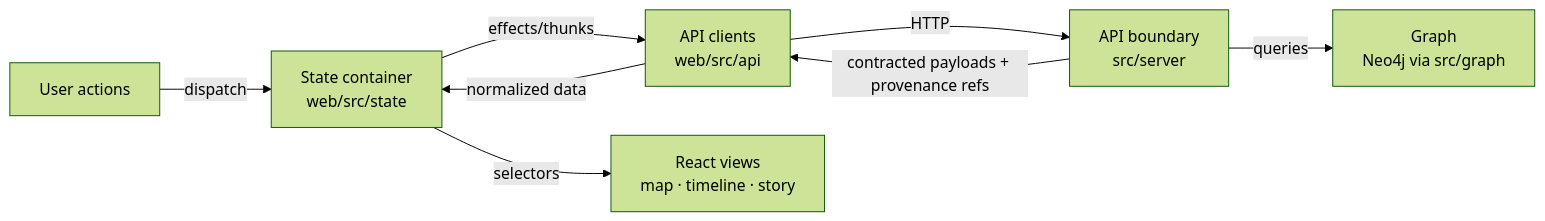
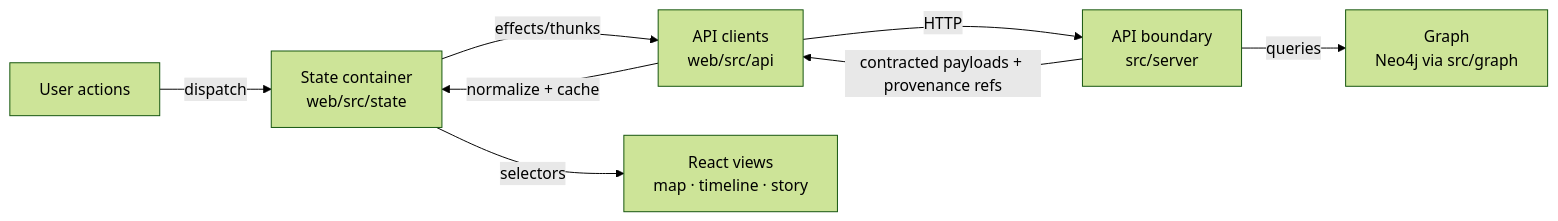
Before and after one commit to bartytime4life/Kansas-Frontier-Matrix: the second of 3 diagrams in web/src/state/README.md, drawn with Mermaid (forest theme). The commit also changed other lines of this file, not shown here.

```diff
--- a/web/src/state/README.md
+++ b/web/src/state/README.md
@@ -211,10 +266,10 @@
 ~~~mermaid
 flowchart LR
   U[User actions] -->|dispatch| S[State container<br/>web/src/state]
   S -->|effects/thunks| C[API clients<br/>web/src/api]
   C -->|HTTP| A[API boundary<br/>src/server]
   A -->|queries| G[Graph<br/>Neo4j via src/graph]
   A -->|contracted payloads + provenance refs| C
-  C -->|normalized data| S
+  C -->|normalize + cache| S
   S -->|selectors| R[React views<br/>map · timeline · story]
 ~~~
```
